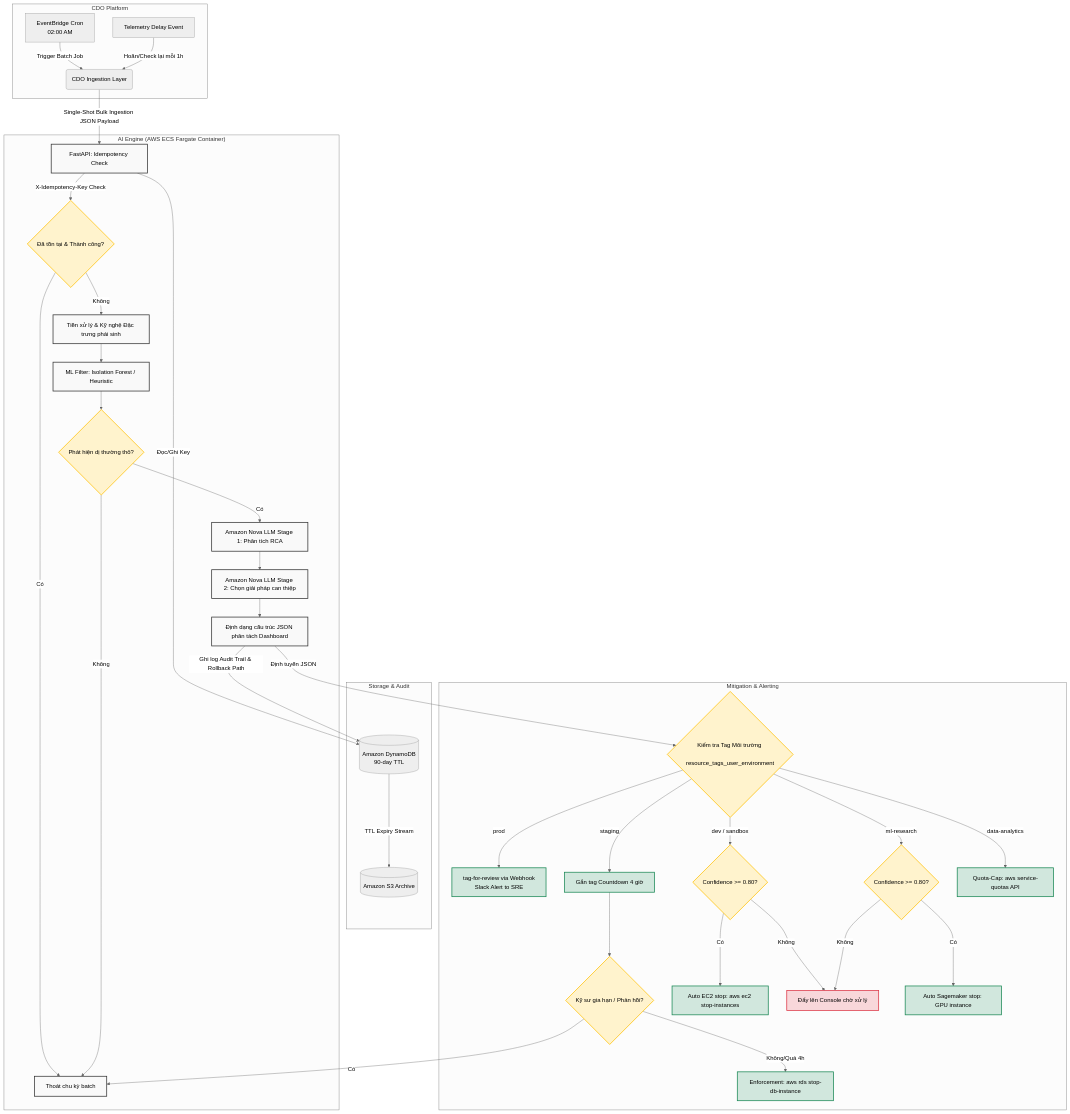
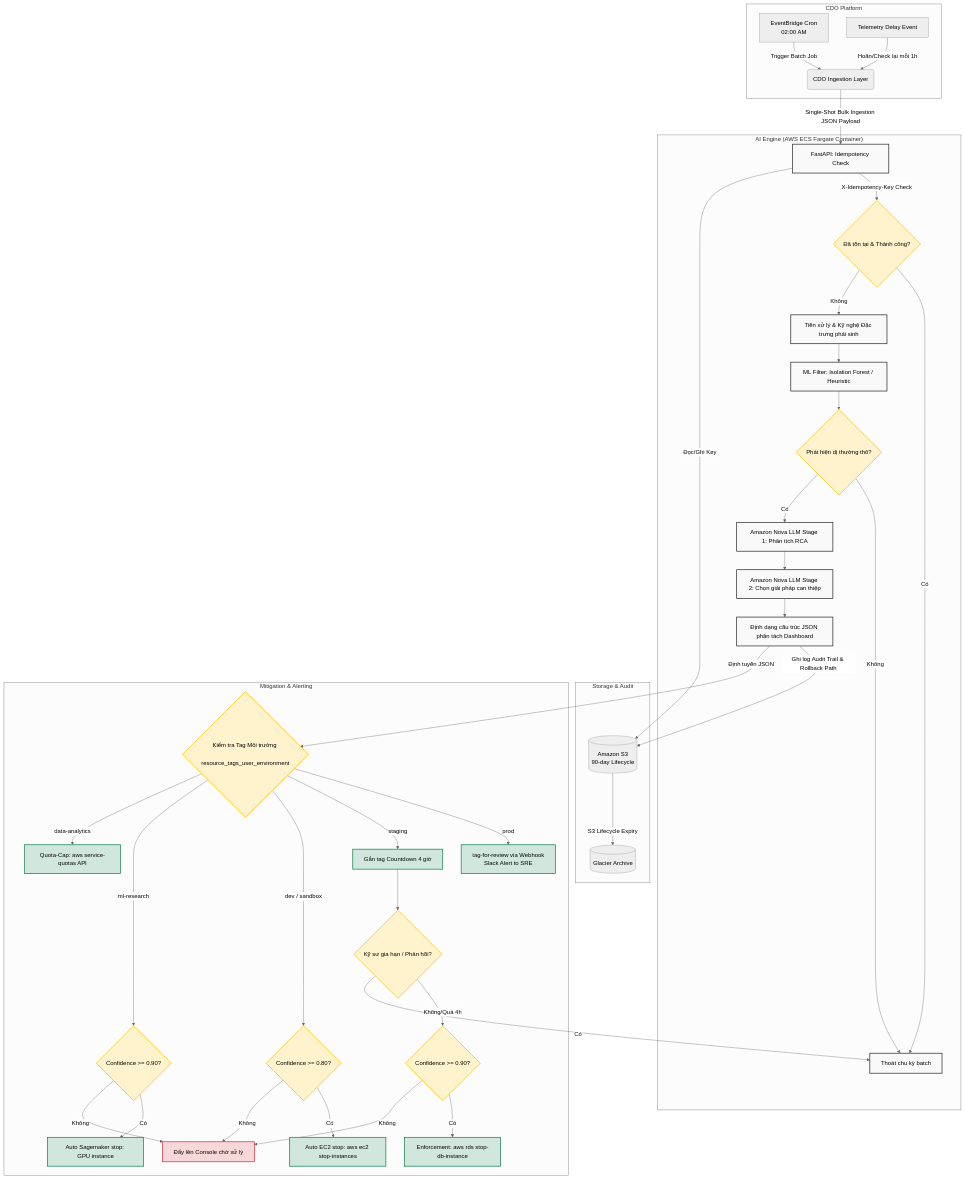
Before and after one commit to kietoichoiDXD/AIOPS-w1: the first of 2 diagrams in templates/ai/docs/02_solution_design.md, drawn with Mermaid (neutral theme). The commit also changed other lines of this file and 121 other files, not shown here.

````diff
--- a/templates/ai/docs/02_solution_design.md
+++ b/templates/ai/docs/02_solution_design.md
@@ -11,48 +11,50 @@
 ```mermaid
 graph TD
     %% Định nghĩa phong cách đồ họa
     classDef process fill:#f9f9f9,stroke:#333,stroke-width:2px;
     classDef condition fill:#fff3cd,stroke:#ffc107,stroke-width:2px;
     classDef alert fill:#f8d7da,stroke:#dc3545,stroke-width:2px;
     classDef action fill:#d1e7dd,stroke:#198754,stroke-width:2px;
 
     subgraph CDO_Platform ["CDO Platform"]
         A[EventBridge Cron <br> 02:00 AM] -->|Trigger Batch Job| B(CDO Ingestion Layer)
         C[Telemetry Delay Event] -->|Hoãn/Check lại mỗi 1h| B
     end
 
     subgraph AI_Engine ["AI Engine (AWS ECS Fargate Container)"]
         B -->|Single-Shot Bulk Ingestion JSON Payload| D[FastAPI: Idempotency Check]:::process
         D -->|X-Idempotency-Key Check| E{Đã tồn tại & Thành công?}:::condition
         E -- Có --> F[Thoát chu kỳ batch]:::process
         E -- Không --> G[Tiền xử lý & Kỹ nghệ Đặc trưng phái sinh]:::process
         G --> H[ML Filter: Isolation Forest / Heuristic]:::process
         H --> I{Phát hiện dị thường thô?}:::condition
         I -- Không --> F
         I -- Có --> J[Amazon Nova LLM Stage 1: Phân tích RCA]:::process
         J --> K[Amazon Nova LLM Stage 2: Chọn giải pháp can thiệp]:::process
         K --> L[Định dạng cấu trúc JSON phân tách Dashboard]:::process
     end
 
     subgraph Storage_Audit ["Storage & Audit"]
-        D -->|Đọc/Ghi Key| M[(Amazon DynamoDB <br> 90-day TTL)]
+        D -->|Đọc/Ghi Key| M[(Amazon S3 <br> 90-day Lifecycle)]
         L -->|Ghi log Audit Trail & Rollback Path| M
-        M -->|TTL Expiry Stream| N[(Amazon S3 Archive)]
+        M -->|S3 Lifecycle Expiry| N[(Glacier Archive)]
     end
 
     subgraph Mitigation_Alerting ["Mitigation & Alerting"]
         L -->|Định tuyến JSON| O{Kiểm tra Tag Môi trường <br> resource_tags_user_environment}:::condition
         O -- prod --> P[tag-for-review via Webhook <br> Slack Alert to SRE]:::action
         O -- staging --> Q[Gắn tag Countdown 4 giờ]:::action
         Q --> R{Kỹ sư gia hạn / Phản hồi?}:::condition
-        R -- Không/Quá 4h --> S[Enforcement: aws rds stop-db-instance]:::action
+        R -- Không/Quá 4h --> Z{Confidence >= 0.90?}:::condition
+        Z -- Có --> S[Enforcement: aws rds stop-db-instance]:::action
+        Z -- Không --> V[Đẩy lên Console chờ xử lý]:::alert
         R -- Có --> F
         O -- dev / sandbox --> T{Confidence >= 0.80?}:::condition
         T -- Có --> U[Auto EC2 stop: aws ec2 stop-instances]:::action
         T -- Không --> V[Đẩy lên Console chờ xử lý]:::alert
-        O -- ml-research --> W{Confidence >= 0.80?}:::condition
+        O -- ml-research --> W{Confidence >= 0.90?}:::condition
         W -- Có --> X[Auto Sagemaker stop: GPU instance]:::action
         W -- Không --> V
         O -- data-analytics --> Y[Quota-Cap: aws service-quotas API]:::action
     end
 ```
````
